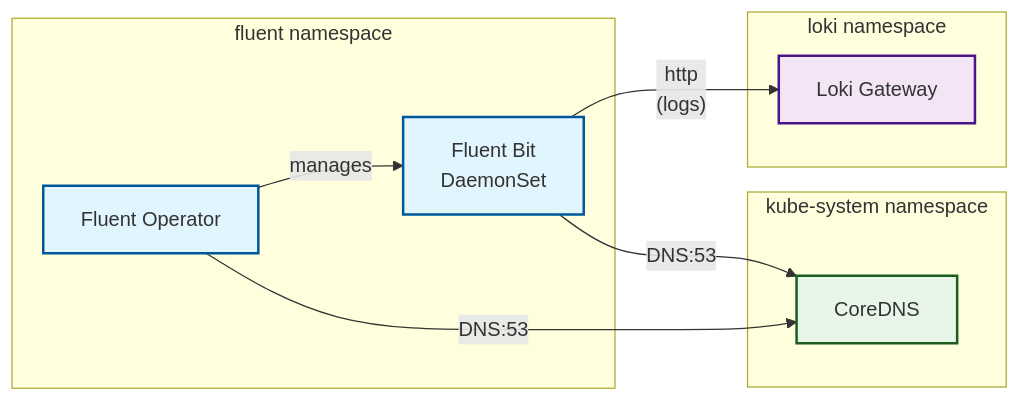
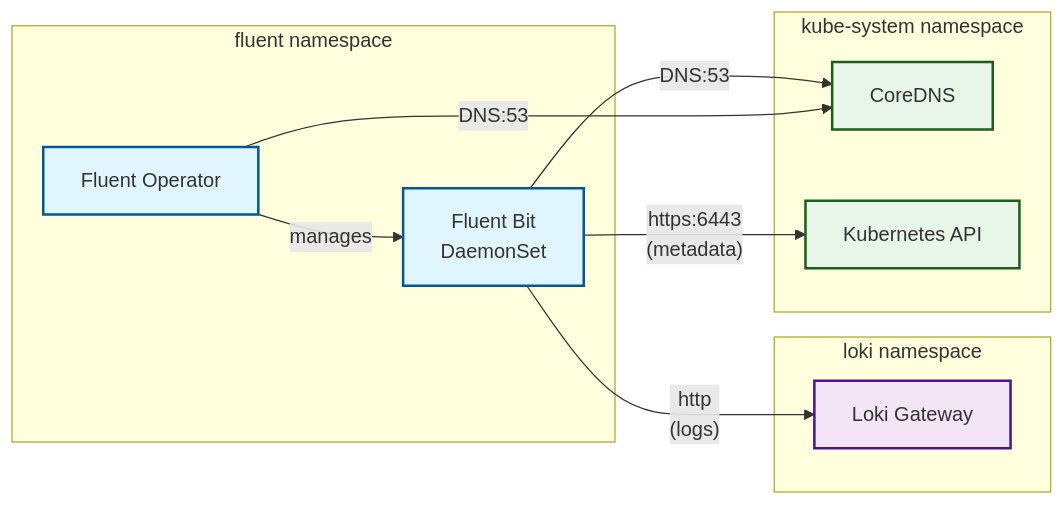
The diagram in charts/fluent-operator/README.md (CHORUS-TRE/chorus-tre), drawn with Mermaid before and after one commit. The commit also changed other lines of this file and 4 other files, not shown here.

````diff
--- a/charts/fluent-operator/README.md
+++ b/charts/fluent-operator/README.md
@@ -35,29 +35,31 @@
 ```mermaid
 graph LR
     subgraph fluent["fluent namespace"]
         FluentOperator[Fluent Operator]
         FluentBit[Fluent Bit<br/>DaemonSet]
 
         FluentOperator -->|"manages"| FluentBit
     end
 
     subgraph loki["loki namespace"]
         LokiGateway[Loki Gateway]
     end
 
     subgraph kube-system["kube-system namespace"]
         CoreDNS[CoreDNS]
+        APIServer[Kubernetes API]
     end
 
     FluentBit -->|"http<br/>(logs)"| LokiGateway
     FluentBit -->|"DNS:53"| CoreDNS
+    FluentBit -->|"https:6443<br/>(metadata)"| APIServer
     FluentOperator -->|"DNS:53"| CoreDNS
 
     classDef fluentStyle fill:#e1f5ff,stroke:#01579b,stroke-width:2px
     classDef lokiStyle fill:#f3e5f5,stroke:#4a148c,stroke-width:2px
     classDef systemStyle fill:#e8f5e9,stroke:#1b5e20,stroke-width:2px
 
     class FluentOperator,FluentBit fluentStyle
     class LokiGateway lokiStyle
-    class CoreDNS systemStyle
+    class CoreDNS,APIServer systemStyle
 ```
````
